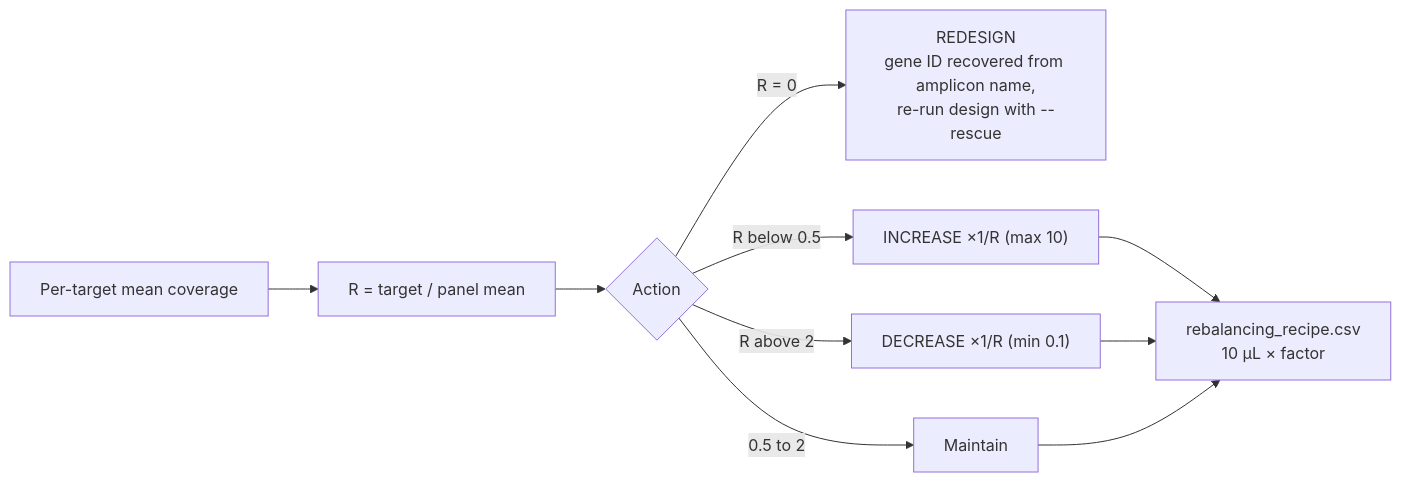
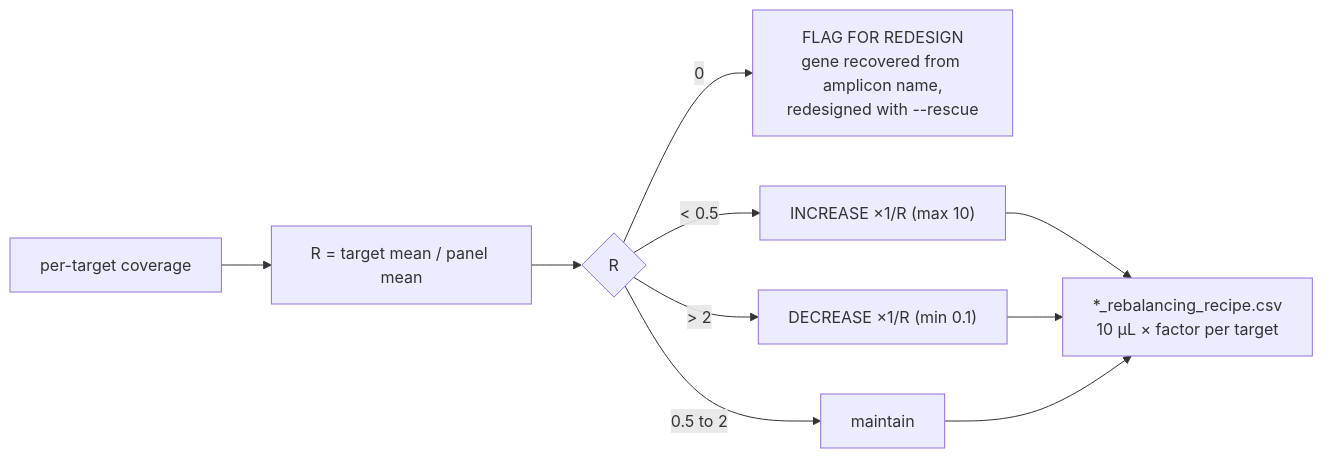
The sixth of 8 diagrams in README.md (AHumanBrain/my_amplicon_project), drawn with Mermaid before and after one commit. The commit also changed other lines of this file, not shown here.

````diff
--- a/README.md
+++ b/README.md
@@ -231,10 +155,10 @@
 ```mermaid
 flowchart LR
-    COV["Per-target mean coverage"] --> REL["R = target / panel mean"]
-    REL --> ACT{"Action"}
-    ACT -- "R = 0" --> RD["REDESIGN<br/>gene ID recovered from amplicon name,<br/>re-run design with --rescue"]
-    ACT -- "R below 0.5" --> UP["INCREASE ×1/R (max 10)"]
-    ACT -- "0.5 to 2" --> KEEP["Maintain"]
-    ACT -- "R above 2" --> DOWN["DECREASE ×1/R (min 0.1)"]
-    UP & DOWN & KEEP --> REC["rebalancing_recipe.csv<br/>10 µL × factor"]
+    COV["per-target coverage"] --> REL["R = target mean / panel mean"]
+    REL --> ACT{"R"}
+    ACT -- "0" --> RD["FLAG FOR REDESIGN<br/>gene recovered from amplicon name,<br/>redesigned with --rescue"]
+    ACT -- "< 0.5" --> UP["INCREASE ×1/R (max 10)"]
+    ACT -- "0.5 to 2" --> KEEP["maintain"]
+    ACT -- "> 2" --> DOWN["DECREASE ×1/R (min 0.1)"]
+    UP & DOWN & KEEP --> REC["*_rebalancing_recipe.csv<br/>10 µL × factor per target"]
 ```
````
